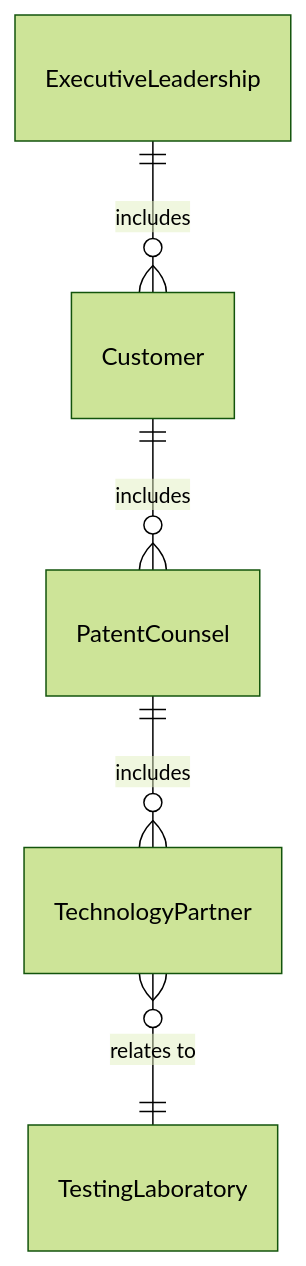
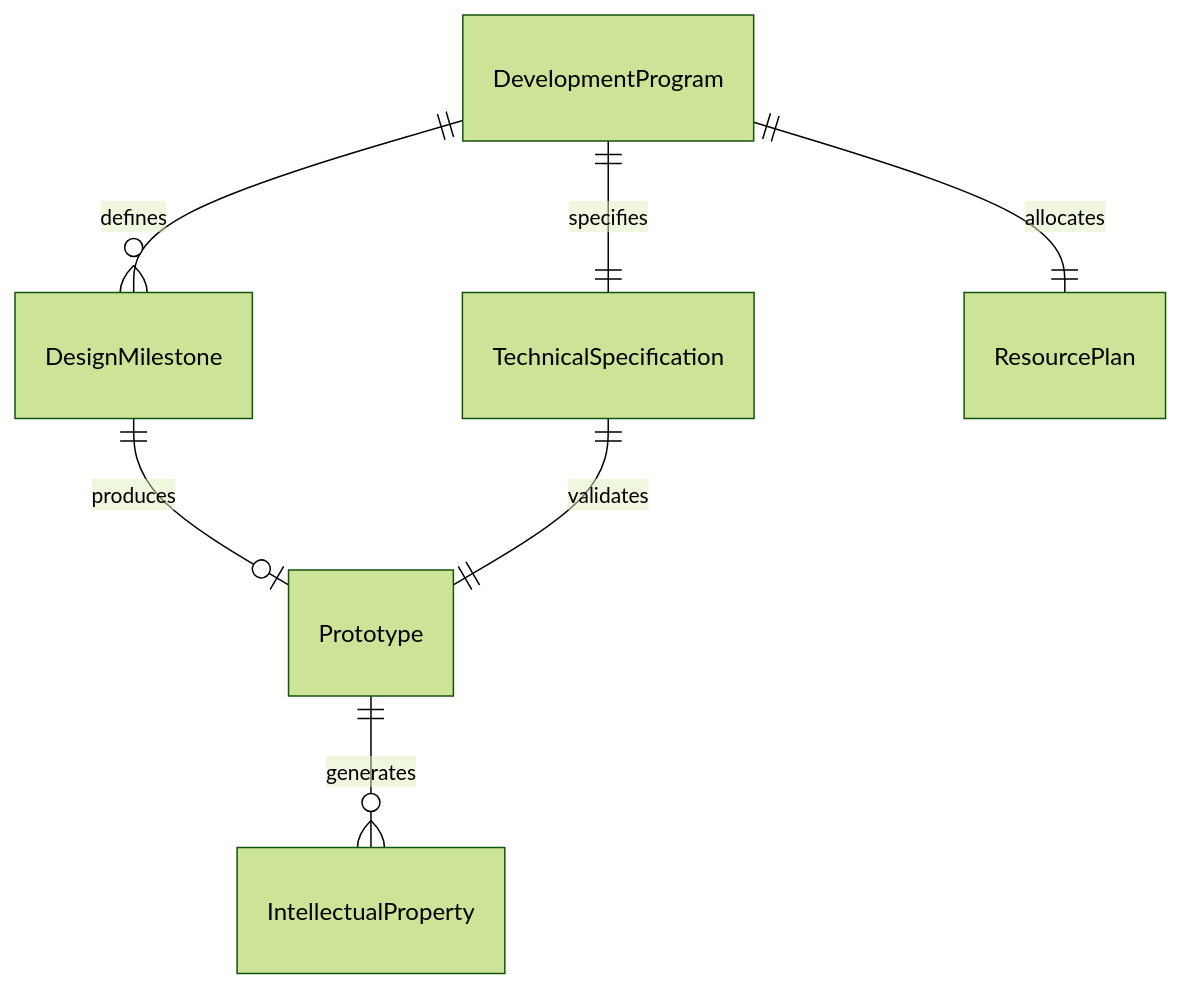
Before and after one commit to dot-org-ai/tasks.org.ai: the first of 4 diagrams in GuidingDirectingAndMotivatingSubordinates/DirectScientificOrTechnicalActivities/DirectDesignDevelopmentActivities.mdx, drawn with Mermaid (forest theme). The commit also changed other lines of this file and 515 other files, not shown here.

````diff
--- a/GuidingDirectingAndMotivatingSubordinates/DirectScientificOrTechnicalActivities/DirectDesignDevelopmentActivities.mdx
+++ b/GuidingDirectingAndMotivatingSubordinates/DirectScientificOrTechnicalActivities/DirectDesignDevelopmentActivities.mdx
@@ -88,7 +88,9 @@
 ```mermaid
 erDiagram
-    ExecutiveLeadership ||--o{ Customer : includes
-    Customer ||--o{ PatentCounsel : includes
-    PatentCounsel ||--o{ TechnologyPartner : includes
-    TechnologyPartner }o--|| TestingLaboratory : "relates to"
+    DevelopmentProgram ||--o{ DesignMilestone : "defines"
+    DevelopmentProgram ||--|| TechnicalSpecification : "specifies"
+    DevelopmentProgram ||--|| ResourcePlan : "allocates"
+    DesignMilestone ||--o| Prototype : "produces"
+    Prototype ||--o{ IntellectualProperty : "generates"
+    TechnicalSpecification ||--|| Prototype : "validates"
 ```
````
